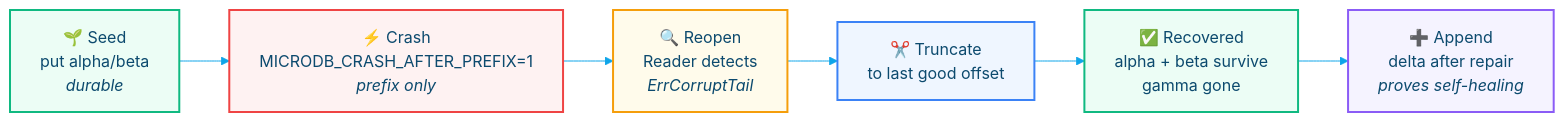
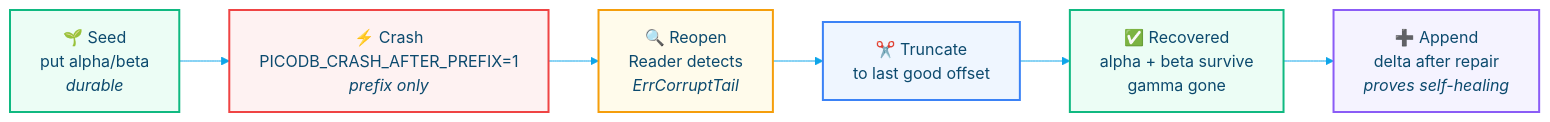
The first of 14 diagrams in README.md (NexiSynapse/PicoDB), drawn with Mermaid before and after one commit. The commit also changed other lines of this file and 1 other file, not shown here.

Commit message:
docs: use picodb naming consistently and polish prose

````diff
--- a/README.md
+++ b/README.md
@@ -108,16 +111,16 @@
 ```mermaid
 %%{init: {'theme':'base','themeVariables':{'primaryColor':'#e0f2fe','primaryTextColor':'#0c4a6e','lineColor':'#0ea5e9','tertiaryColor':'#f0f9ff'}}}%%
 flowchart LR
-  A["🌱 Seed<br/>put alpha/beta<br/><i>durable</i>"] --> B["⚡ Crash<br/>MICRODB_CRASH_AFTER_PREFIX=1<br/><i>prefix only</i>"]
+  A["🌱 Seed<br/>put alpha/beta<br/><i>durable</i>"] --> B["⚡ Crash<br/>PICODB_CRASH_AFTER_PREFIX=1<br/><i>prefix only</i>"]
   B --> C["🔍 Reopen<br/>Reader detects<br/><i>ErrCorruptTail</i>"]
   C --> D["✂️ Truncate<br/>to last good offset"]
   D --> E["✅ Recovered<br/>alpha + beta survive<br/>gamma gone"]
   E --> F["➕ Append<br/>delta after repair<br/><i>proves self-healing</i>"]
 
   style A fill:#ecfdf5,stroke:#10b981,stroke-width:2px
   style B fill:#fef2f2,stroke:#ef4444,stroke-width:2px
   style C fill:#fffbeb,stroke:#f59e0b,stroke-width:2px
   style D fill:#eff6ff,stroke:#3b82f6,stroke-width:2px
   style E fill:#ecfdf5,stroke:#10b981,stroke-width:2px
   style F fill:#f5f3ff,stroke:#8b5cf6,stroke-width:2px
 ```
````
